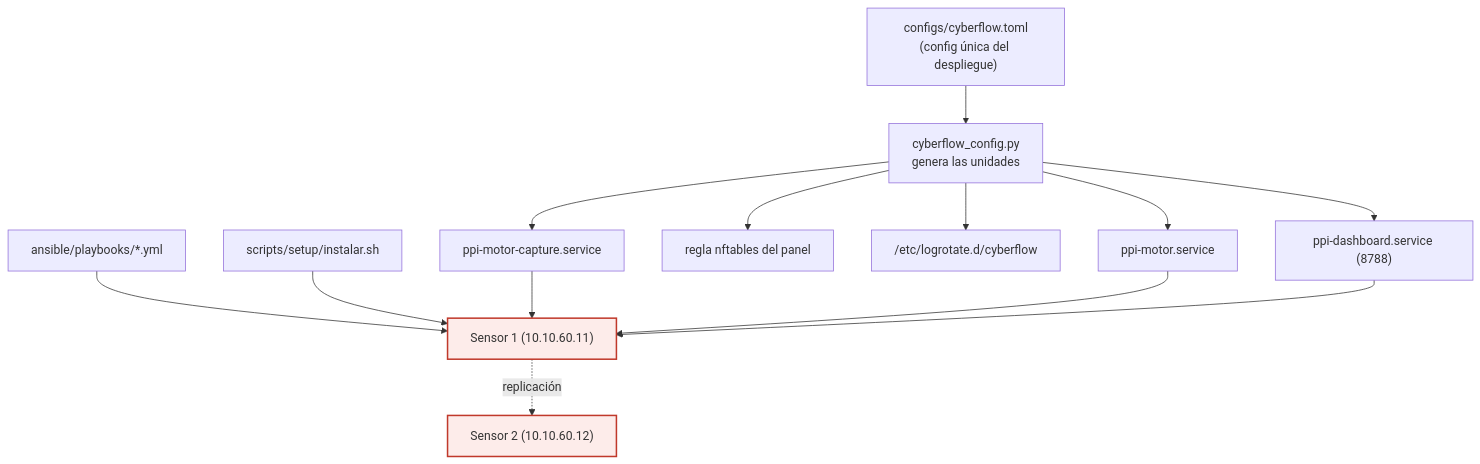
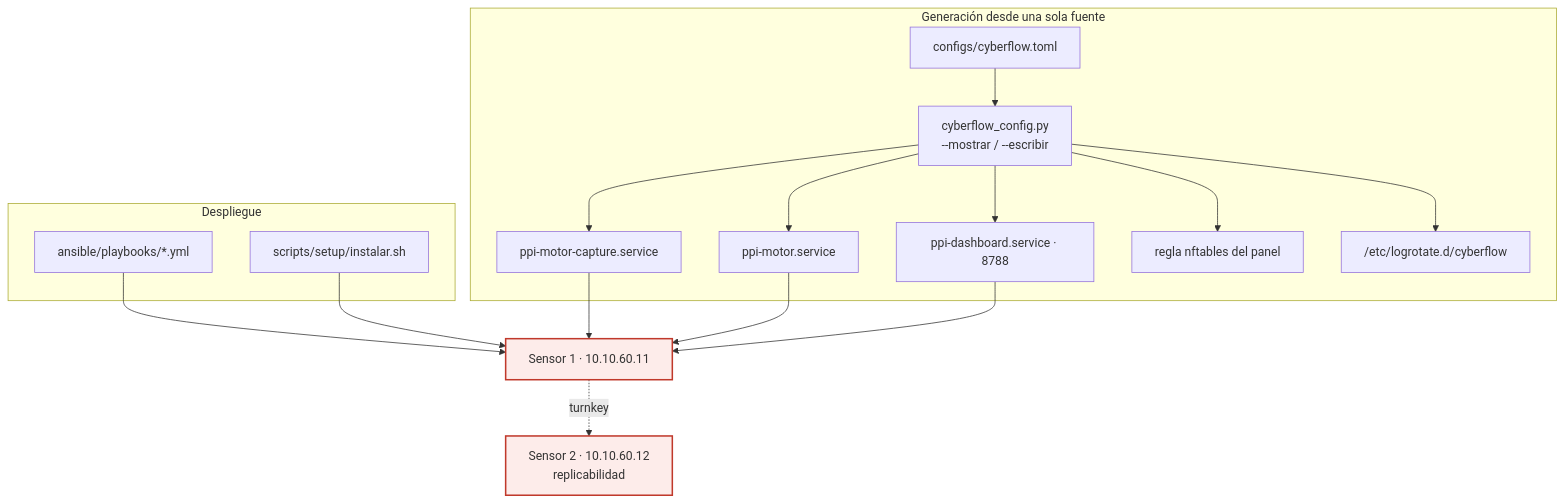
Before and after one commit to marksato13/VF-PPI-TESIS-ORQUESTACION: the diagram in 02-metodologia/metodologia-7-fases/F6-despliegue-y-operacion.md, drawn with Mermaid. The commit also changed other lines of this file and 6 other files, not shown here.

````diff
--- a/02-metodologia/metodologia-7-fases/F6-despliegue-y-operacion.md
+++ b/02-metodologia/metodologia-7-fases/F6-despliegue-y-operacion.md
@@ -10,22 +10,25 @@
 ```mermaid
 flowchart TB
-  TOML["configs/cyberflow.toml<br/>(config única del despliegue)"]
-  GEN["cyberflow_config.py<br/>genera las unidades"]
-  TOML --> GEN
-  GEN --> U1["ppi-motor-capture.service"]
-  GEN --> U2["ppi-motor.service"]
-  GEN --> U3["ppi-dashboard.service (8788)"]
-  GEN --> NFT["regla nftables del panel"]
-  GEN --> LR["/etc/logrotate.d/cyberflow"]
-
-  ANS["ansible/playbooks/*.yml"] --> SENS1["Sensor 1 (10.10.60.11)"]
-  INST["scripts/setup/instalar.sh"] --> SENS1
-  SENS1 -.->|replicación| SENS2["Sensor 2 (10.10.60.12)"]
-
-  U1 --> SENS1
-  U2 --> SENS1
-  U3 --> SENS1
-
+  subgraph GEN["Generación desde una sola fuente"]
+    TOML["configs/cyberflow.toml"]
+    CFG["cyberflow_config.py<br/>--mostrar / --escribir"]
+    TOML --> CFG
+    CFG --> U1["ppi-motor-capture.service"]
+    CFG --> U2["ppi-motor.service"]
+    CFG --> U3["ppi-dashboard.service · 8788"]
+    CFG --> NFT["regla nftables del panel"]
+    CFG --> LR["/etc/logrotate.d/cyberflow"]
+  end
+  subgraph DEPLOY["Despliegue"]
+    ANS["ansible/playbooks/*.yml"]
+    INST["scripts/setup/instalar.sh"]
+  end
+  ANS --> S1["Sensor 1 · 10.10.60.11"]
+  INST --> S1
+  U1 --> S1
+  U2 --> S1
+  U3 --> S1
+  S1 -.->|turnkey| S2["Sensor 2 · 10.10.60.12<br/>replicabilidad"]
   classDef aporte fill:#FDECEA,stroke:#C0392B,stroke-width:2px;
-  class SENS1,SENS2 aporte;
+  class S1,S2 aporte;
 ```
````
